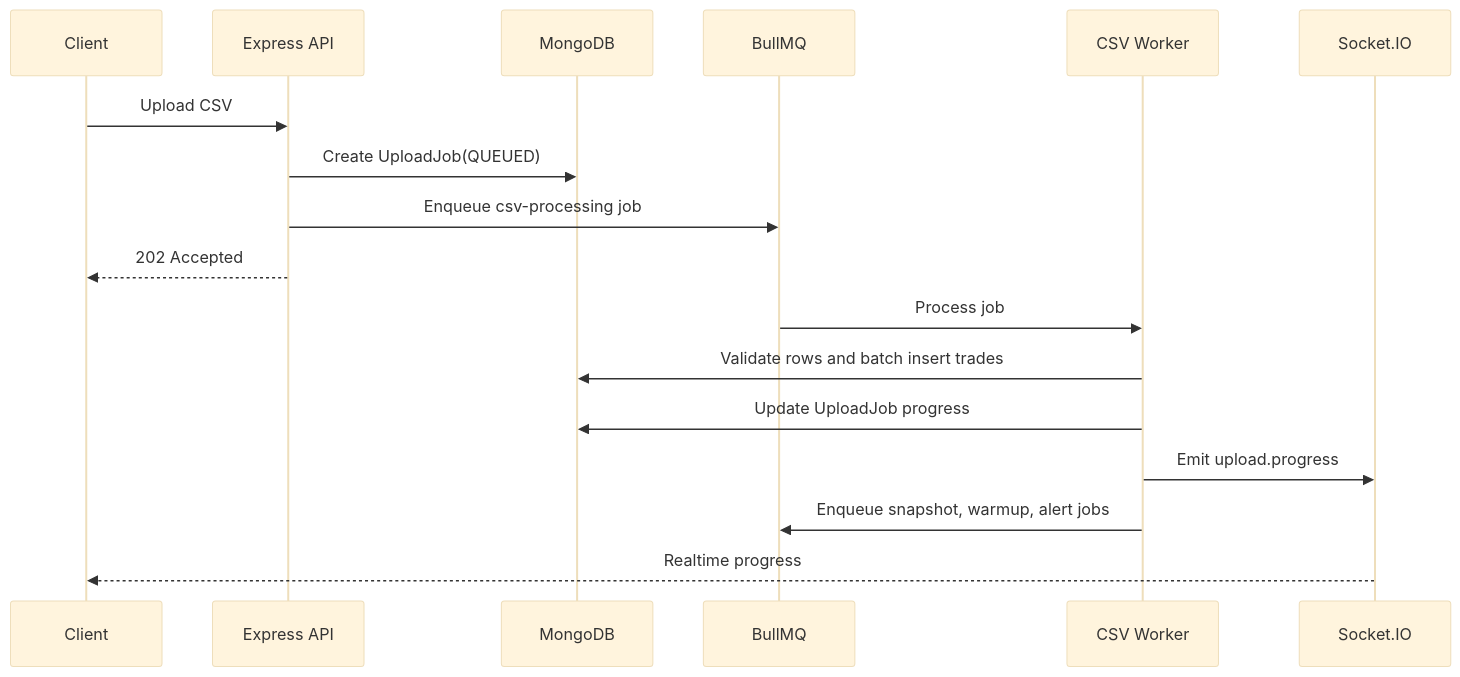
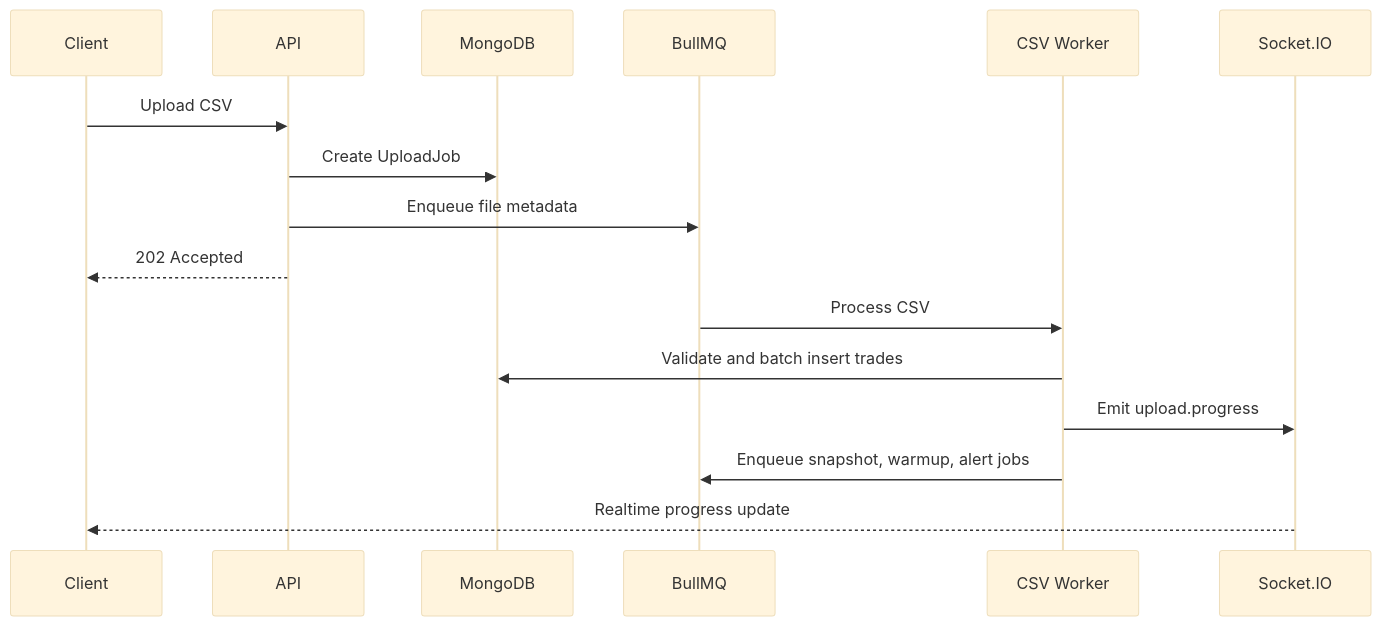
One commit to SriHarshaRajuY/RiskLens changed the third of 5 diagrams in README.md. Above: the diagram before and after it, drawn with Mermaid (base theme). The commit also changed other lines of this file and 43 other files, not shown here.

````diff
--- a/README.md
+++ b/README.md
@@ -68,20 +236,19 @@
 ```mermaid
 sequenceDiagram
   participant UI as Client
-  participant API as Express API
+  participant API as API
   participant DB as MongoDB
   participant Q as BullMQ
   participant W as CSV Worker
   participant S as Socket.IO
 
   UI->>API: Upload CSV
-  API->>DB: Create UploadJob(QUEUED)
-  API->>Q: Enqueue csv-processing job
+  API->>DB: Create UploadJob
+  API->>Q: Enqueue file metadata
   API-->>UI: 202 Accepted
-  Q->>W: Process job
-  W->>DB: Validate rows and batch insert trades
-  W->>DB: Update UploadJob progress
+  Q->>W: Process CSV
+  W->>DB: Validate and batch insert trades
   W->>S: Emit upload.progress
   W->>Q: Enqueue snapshot, warmup, alert jobs
-  S-->>UI: Realtime progress
+  S-->>UI: Realtime progress update
 ```
````
